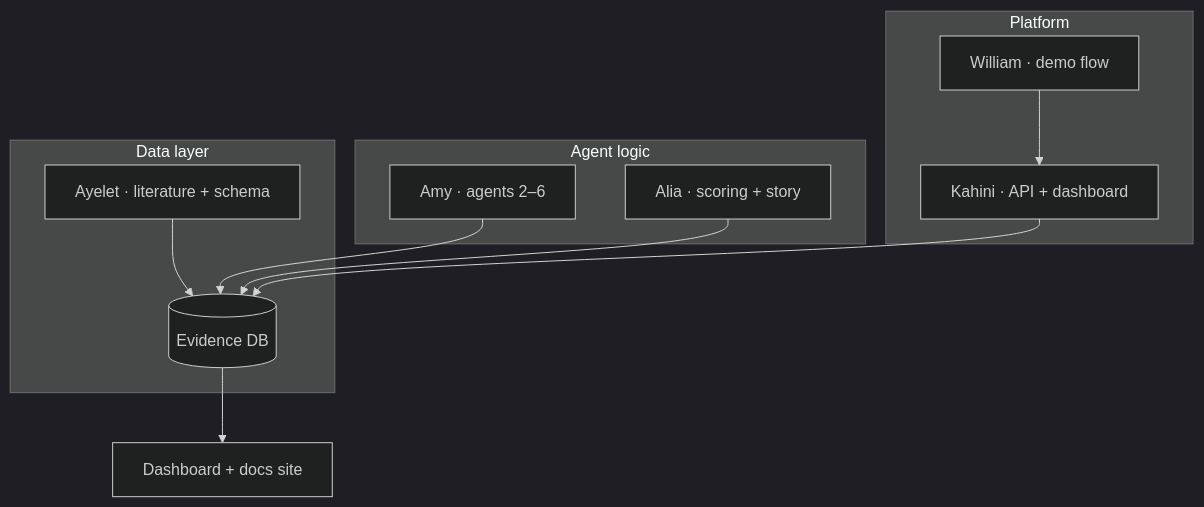
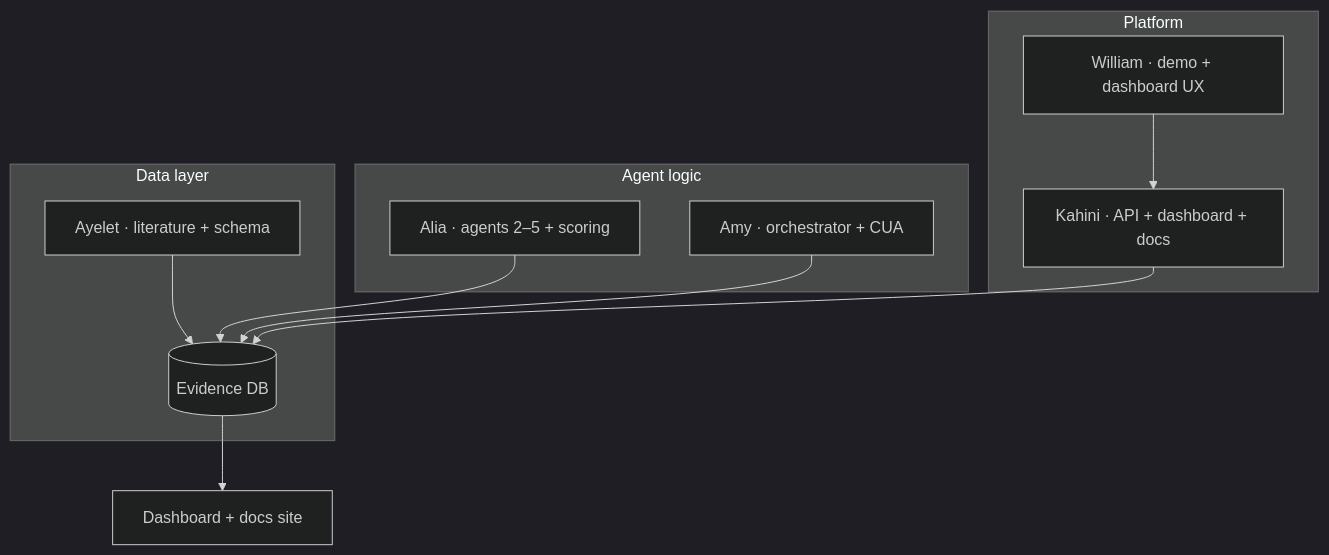
One commit to kahinimehta/Quorum changed the diagram in docs/team.md. Above: the diagram before and after it, drawn with Mermaid (dark theme). The commit also changed other lines of this file, not shown here.

First line of the commit message:
Align team bios with contribution table and correct CUA ownership.

````diff
--- a/docs/team.md
+++ b/docs/team.md
@@ -81,21 +81,21 @@
 ```mermaid
 flowchart TB
   subgraph ingest [Data layer]
     Ayelet[Ayelet · literature + schema]
     DB[(Evidence DB)]
     Ayelet --> DB
   end
   subgraph agents [Agent logic]
-    Amy[Amy · agents 2–6]
-    Alia[Alia · scoring + story]
+    Alia[Alia · agents 2–5 + scoring]
+    Amy[Amy · orchestrator + CUA]
+    Alia --> DB
     Amy --> DB
-    Alia --> DB
   end
   subgraph platform [Platform]
-    Kahini[Kahini · API + dashboard]
-    William[William · demo flow]
+    Kahini[Kahini · API + dashboard + docs]
+    William[William · demo + dashboard UX]
     William --> Kahini
     Kahini --> DB
   end
   DB --> Out[Dashboard + docs site]
 ```
````
